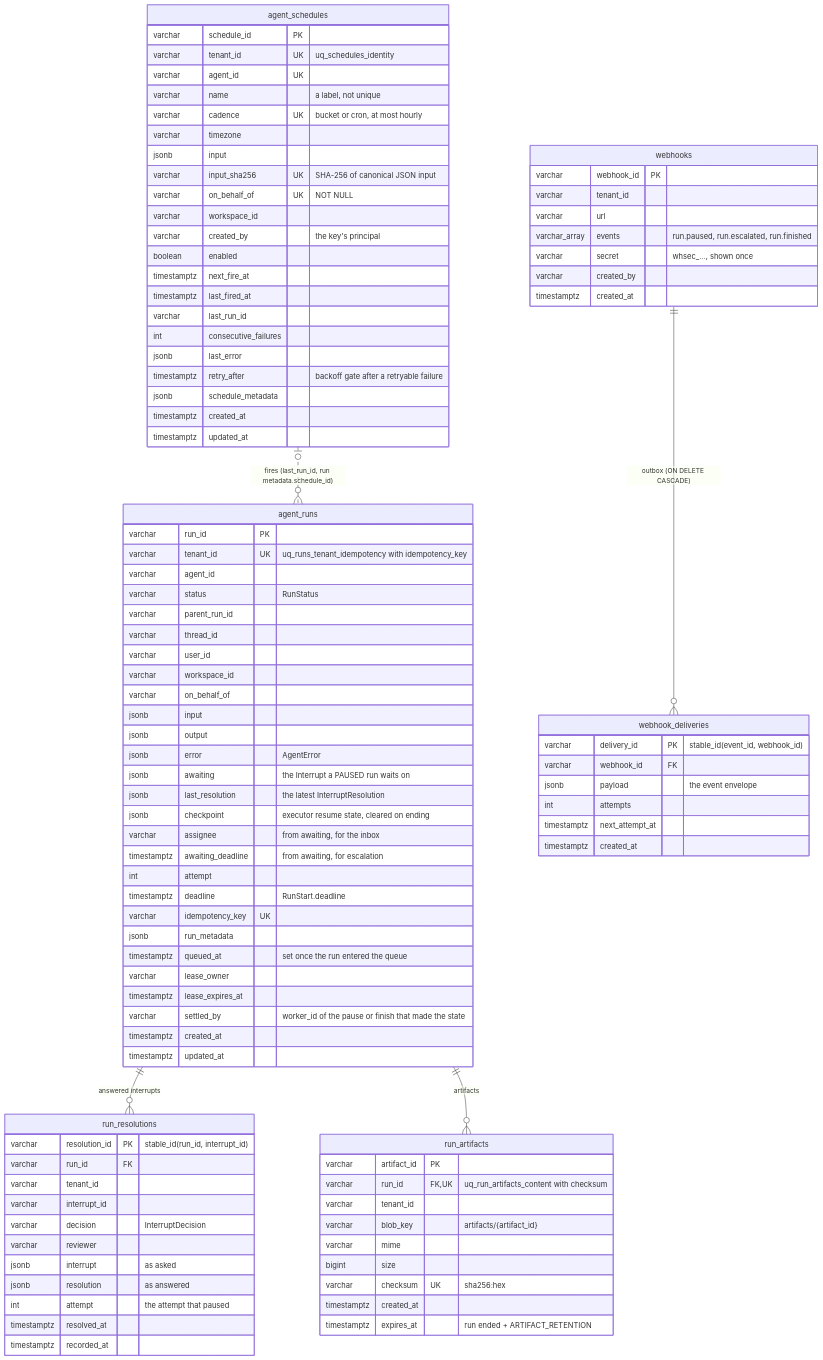
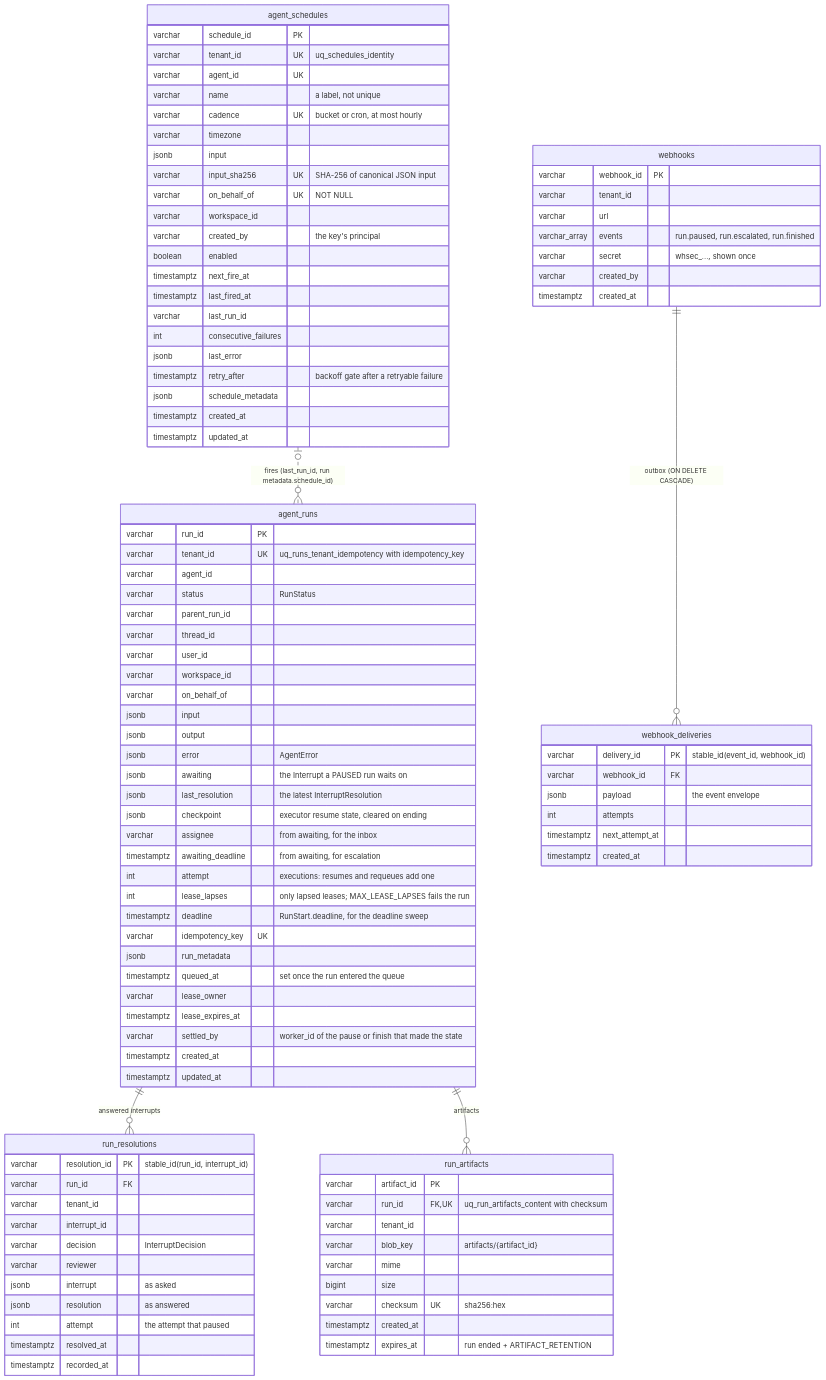
One commit to amitmohapatra/agent-runs changed the fifth of 5 diagrams in docs/ARCHITECTURE.md. Above: the diagram before and after it, drawn with Mermaid. The commit also changed other lines of this file and 27 other files, not shown here.

First line of the commit message:
Reliability fixes: lease lapses, safe resume retries, run deadlines, answer checks (#8)

```diff
--- a/docs/ARCHITECTURE.md
+++ b/docs/ARCHITECTURE.md
@@ -298,8 +306,9 @@
     jsonb checkpoint "executor resume state, cleared on ending"
     varchar assignee "from awaiting, for the inbox"
     timestamptz awaiting_deadline "from awaiting, for escalation"
-    int attempt
-    timestamptz deadline "RunStart.deadline"
+    int attempt "executions: resumes and requeues add one"
+    int lease_lapses "only lapsed leases; MAX_LEASE_LAPSES fails the run"
+    timestamptz deadline "RunStart.deadline, for the deadline sweep"
     varchar idempotency_key UK
     jsonb run_metadata
     timestamptz queued_at "set once the run entered the queue"
```
